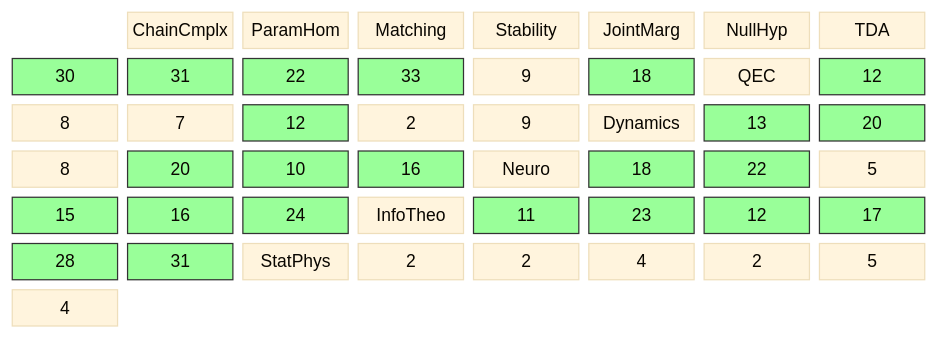
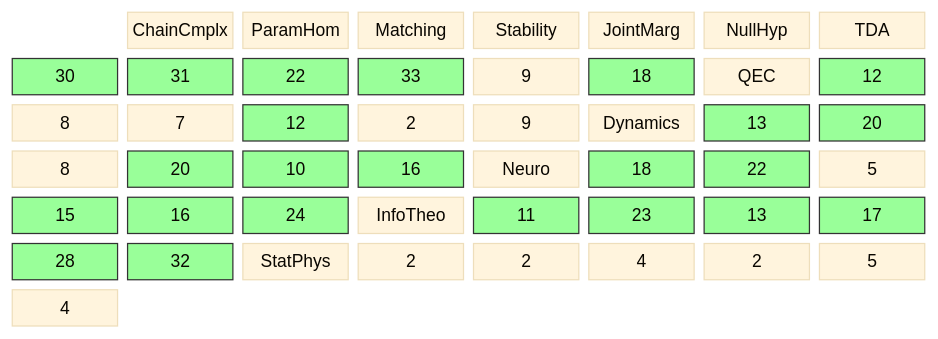
Before and after one commit to musicofhel/topoyolo: the diagram in diagrams/coverage-matrix.md, drawn with Mermaid. The commit also changed other lines of this file and 7 other files, not shown here.

````diff
--- a/diagrams/coverage-matrix.md
+++ b/diagrams/coverage-matrix.md
@@ -22,37 +22,37 @@
 ```mermaid
 %%{init: {'theme': 'base', 'themeVariables': {'fontSize': '14px'}}}%%
 block-beta
   columns 8
 
   space:1 CC["ChainCmplx"] PH["ParamHom"] MA["Matching"] ST["Stability"] JM["JointMarg"] NH["NullHyp"]
 
   TDA["TDA"] TDA_CC["30"] TDA_PH["31"] TDA_MA["22"] TDA_ST["33"] TDA_JM["9"] TDA_NH["18"]
   QEC["QEC"] QEC_CC["12"] QEC_PH["8"] QEC_MA["7"] QEC_ST["12"] QEC_JM["2"] QEC_NH["9"]
   DYN["Dynamics"] DYN_CC["13"] DYN_PH["20"] DYN_MA["8"] DYN_ST["20"] DYN_JM["10"] DYN_NH["16"]
   NEU["Neuro"] NEU_CC["18"] NEU_PH["22"] NEU_MA["5"] NEU_ST["15"] NEU_JM["16"] NEU_NH["24"]
-  IT["InfoTheo"] IT_CC["11"] IT_PH["23"] IT_MA["12"] IT_ST["17"] IT_JM["28"] IT_NH["31"]
+  IT["InfoTheo"] IT_CC["11"] IT_PH["23"] IT_MA["13"] IT_ST["17"] IT_JM["28"] IT_NH["32"]
   SP["StatPhys"] SP_CC["2"] SP_PH["2"] SP_MA["4"] SP_ST["2"] SP_JM["5"] SP_NH["4"]
   style TDA_CC fill:#9f9,stroke:#333
   style TDA_PH fill:#9f9,stroke:#333
   style TDA_MA fill:#9f9,stroke:#333
   style TDA_ST fill:#9f9,stroke:#333
   style TDA_NH fill:#9f9,stroke:#333
   style QEC_CC fill:#9f9,stroke:#333
   style QEC_ST fill:#9f9,stroke:#333
   style DYN_CC fill:#9f9,stroke:#333
   style DYN_PH fill:#9f9,stroke:#333
   style DYN_ST fill:#9f9,stroke:#333
   style DYN_JM fill:#9f9,stroke:#333
   style DYN_NH fill:#9f9,stroke:#333
   style NEU_CC fill:#9f9,stroke:#333
   style NEU_PH fill:#9f9,stroke:#333
   style NEU_ST fill:#9f9,stroke:#333
   style NEU_JM fill:#9f9,stroke:#333
   style NEU_NH fill:#9f9,stroke:#333
   style IT_CC fill:#9f9,stroke:#333
   style IT_PH fill:#9f9,stroke:#333
   style IT_MA fill:#9f9,stroke:#333
   style IT_ST fill:#9f9,stroke:#333
   style IT_JM fill:#9f9,stroke:#333
   style IT_NH fill:#9f9,stroke:#333
 ```
````
